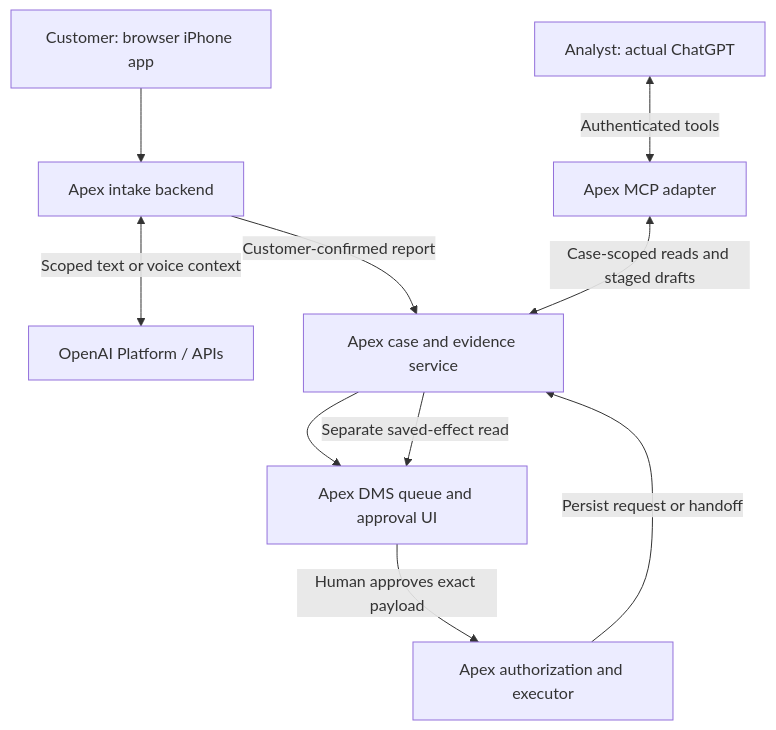
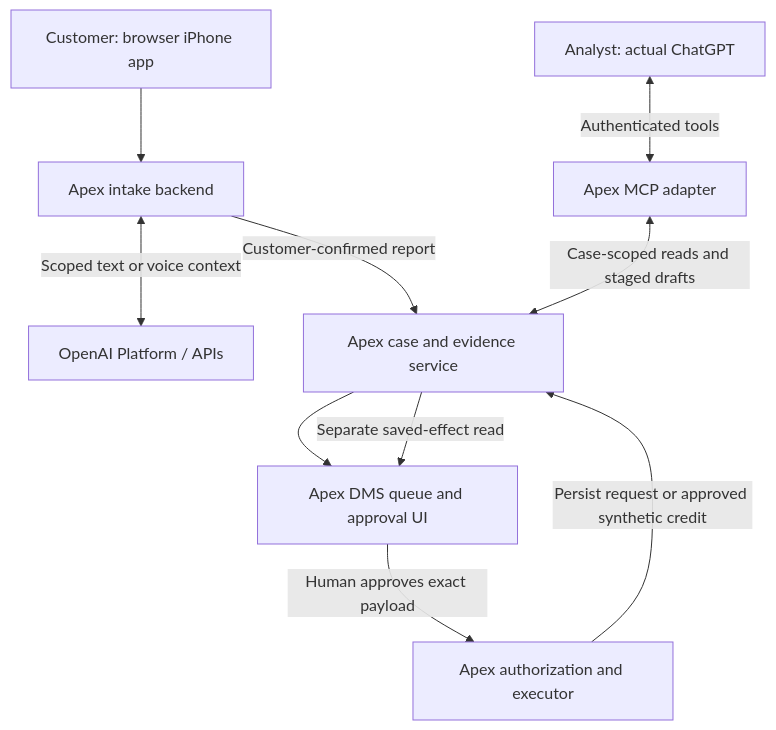
The diagram in docs/reference-architecture.md (buildtheo/apex_demo), drawn with Mermaid before and after one commit. The commit also changed other lines of this file and 11 other files, not shown here.

Commit message:
Select human-approved synthetic credit and verified consumer resolution ending

````diff
--- a/docs/reference-architecture.md
+++ b/docs/reference-architecture.md
@@ -80,12 +84,12 @@
 ```mermaid
 flowchart TD
     P["Customer: browser iPhone app"] --> I["Apex intake backend"]
     I <-->|"Scoped text or voice context"| O["OpenAI Platform / APIs"]
     I -->|"Customer-confirmed report"| C["Apex case and evidence service"]
     C --> Q["Apex DMS queue and approval UI"]
     G["Analyst: actual ChatGPT"] <-->|"Authenticated tools"| M["Apex MCP adapter"]
     M <-->|"Case-scoped reads and staged drafts"| C
     Q -->|"Human approves exact payload"| X["Apex authorization and executor"]
-    X -->|"Persist request or handoff"| C
+    X -->|"Persist request or approved synthetic credit"| C
     C -->|"Separate saved-effect read"| Q
 ```
````
